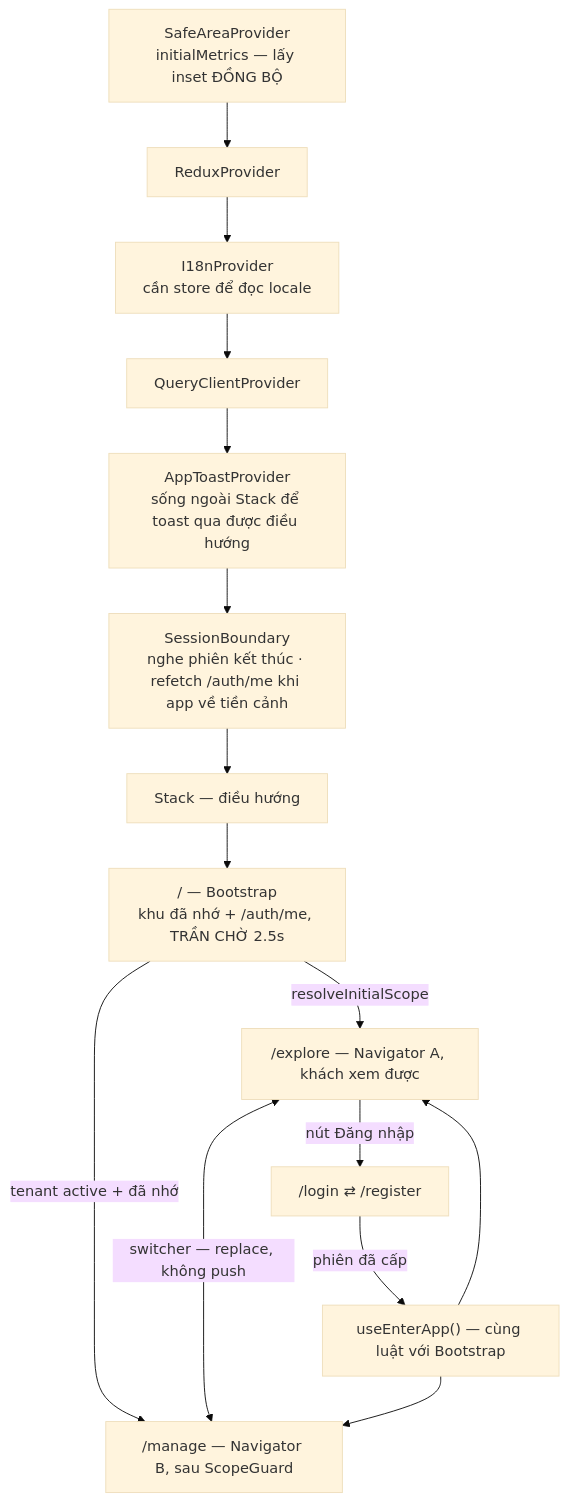
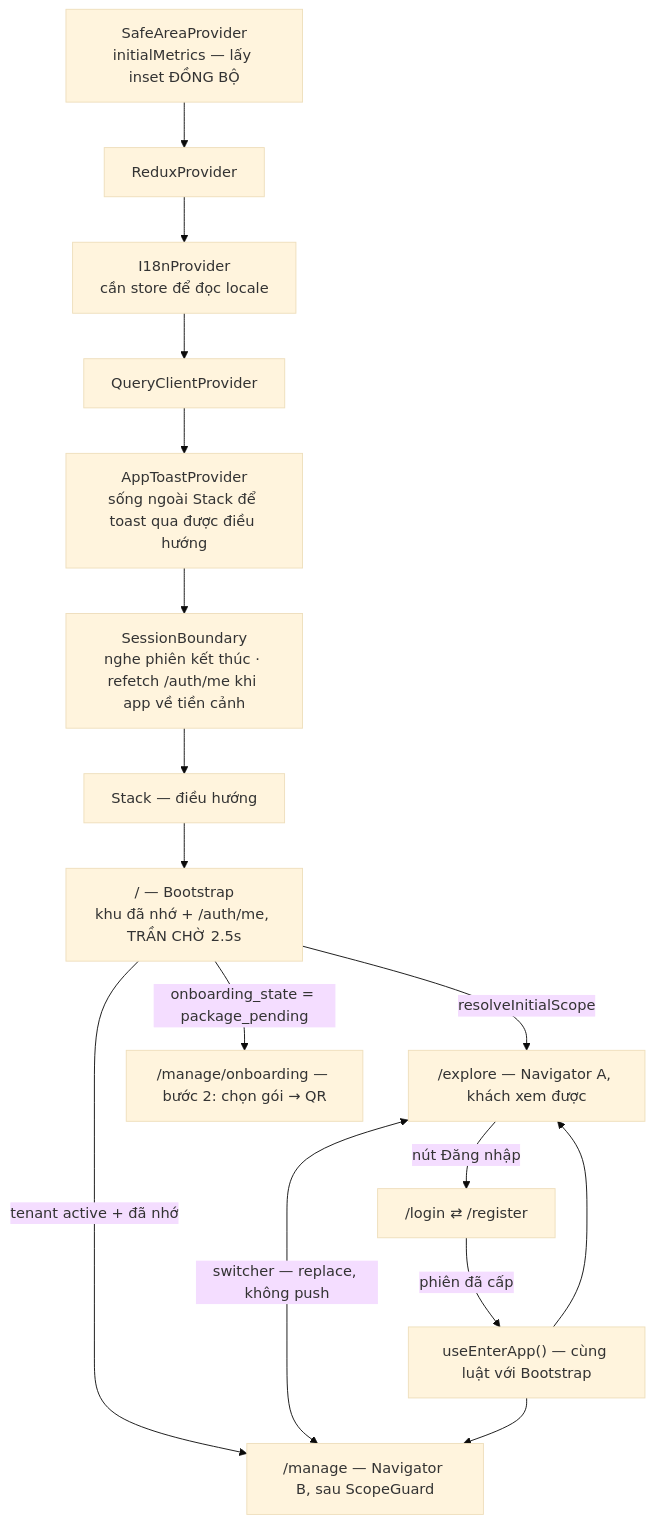
One commit to daihanhbvt/xeprime changed the second of 4 diagrams in apps/mobile/README.md. Above: the diagram before and after it, drawn with Mermaid (base theme). The commit also changed other lines of this file and 191 other files, not shown here.

Commit message:
feat(mobile): sync account, payment and address flows with web

````diff
--- a/apps/mobile/README.md
+++ b/apps/mobile/README.md
@@ -282,16 +282,17 @@
 ```mermaid
 flowchart TD
   A["SafeAreaProvider<br/>initialMetrics — lấy inset ĐỒNG BỘ"] --> B["ReduxProvider"]
   B --> C["I18nProvider<br/>cần store để đọc locale"]
   C --> D["QueryClientProvider"]
   D --> AT["AppToastProvider<br/>sống ngoài Stack để toast qua được điều hướng"]
   AT --> E["SessionBoundary<br/>nghe phiên kết thúc · refetch /auth/me khi app về tiền cảnh"]
   E --> F["Stack — điều hướng"]
   F --> G["/ — Bootstrap<br/>khu đã nhớ + /auth/me, TRẦN CHỜ 2.5s"]
   G -->|"resolveInitialScope"| J["/explore — Navigator A, khách xem được"]
   G -->|"tenant active + đã nhớ"| M["/manage — Navigator B, sau ScopeGuard"]
+  G -->|"onboarding_state = package_pending"| O["/manage/onboarding — bước 2: chọn gói → QR"]
   J <-->|"switcher — replace, không push"| M
   J -->|"nút Đăng nhập"| I["/login ⇄ /register"]
   I -->|"phiên đã cấp"| K["useEnterApp() — cùng luật với Bootstrap"]
   K --> J & M
 ```
````
